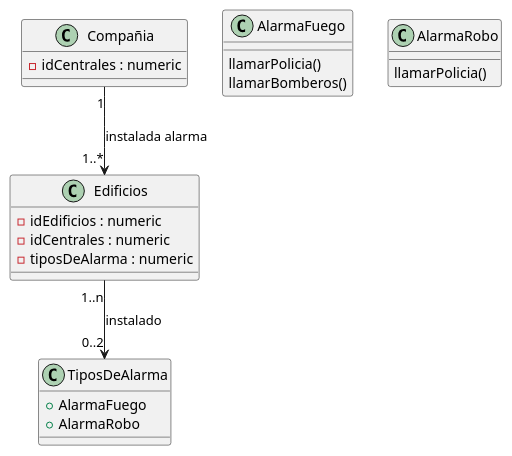
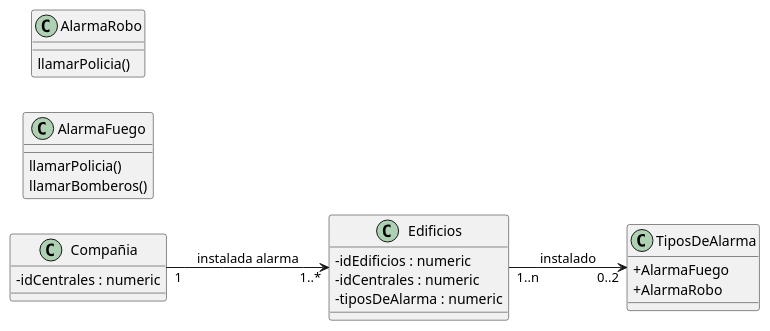
Before and after one commit to SandraLucioni/EntornosDeDesarrollo: the diagram in homeworkOne/puml/compañiaDeSeguridad.puml, drawn with PlantUML. The commit also changed 11 other files, not shown here.

```diff
--- a/homeworkOne/puml/compañiaDeSeguridad.puml
+++ b/homeworkOne/puml/compañiaDeSeguridad.puml
@@ -1,29 +1,32 @@
-@startuml
+@startuml compania de seguros
 'https://plantuml.com/class-diagram
+
+left to right direction
+skinparam classAttributeIconSize 0
 
 class Compañia{
 -idCentrales : numeric
 }
 
 class Edificios{
 -idEdificios : numeric
 -idCentrales : numeric
 -tiposDeAlarma : numeric
 }
 class TiposDeAlarma{
 +AlarmaFuego
 +AlarmaRobo
 }
 class AlarmaFuego{
 llamarPolicia()
 llamarBomberos()
 }
 class AlarmaRobo{
 llamarPolicia()
 }
 
 Compañia "1" --> "1..*" Edificios : instalada alarma
 Edificios "1..n" --> "0..2" TiposDeAlarma : instalado
 
 
 @enduml
```
